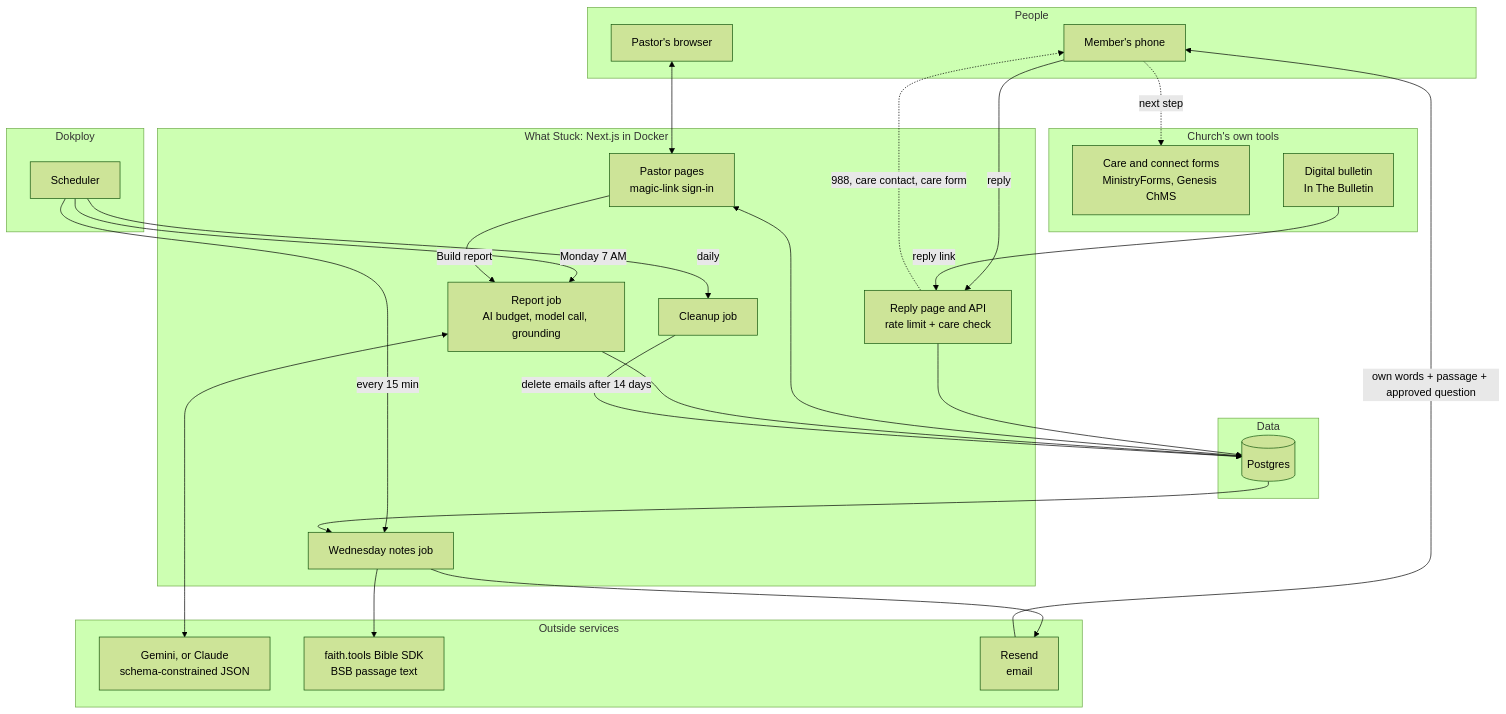
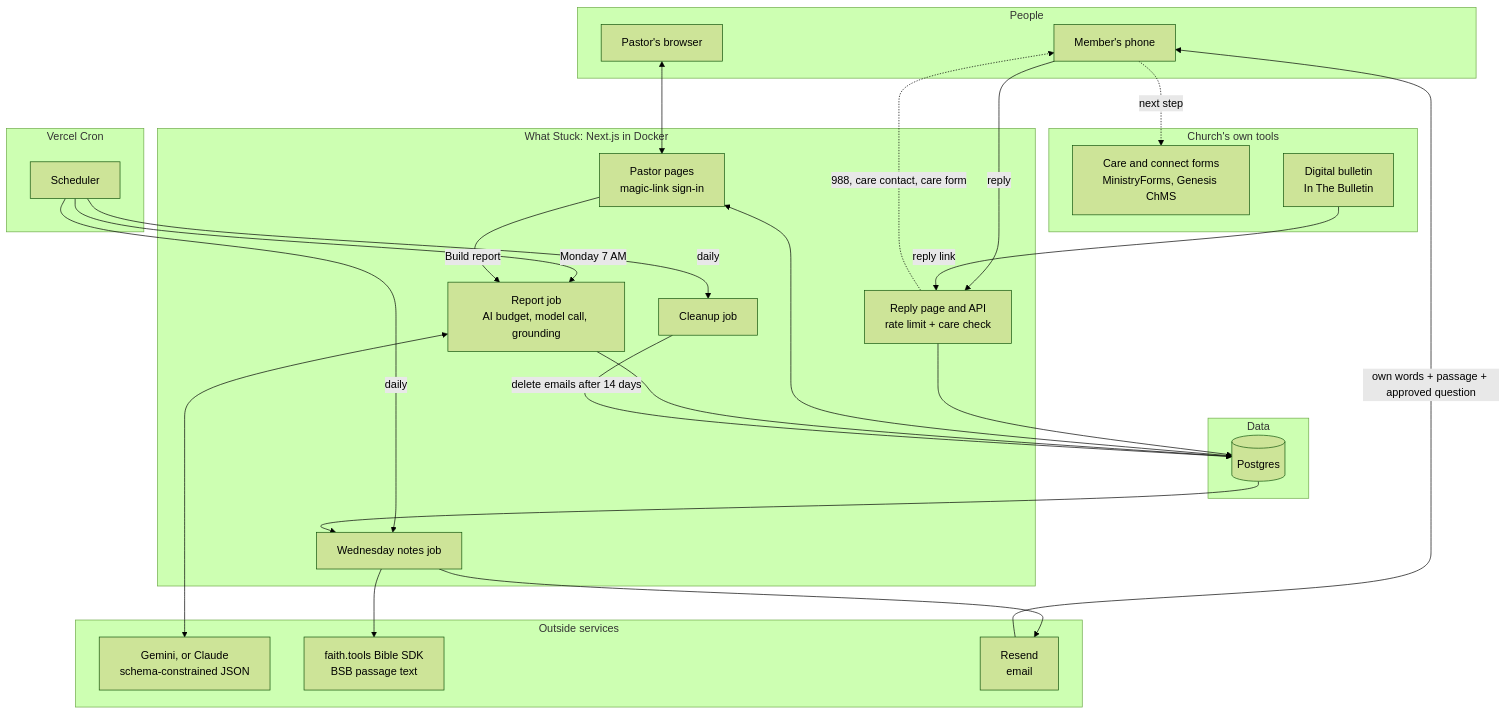
The diagram in README.md (mystiquemide/what-stuck), drawn with Mermaid (forest theme) before and after one commit. The commit also changed other lines of this file, not shown here.

````diff
--- a/README.md
+++ b/README.md
@@ -220,47 +229,47 @@
 ```mermaid
 flowchart TB
   subgraph People
     M["Member's phone"]
     P["Pastor's browser"]
   end
   subgraph App["What Stuck: Next.js in Docker"]
     R["Reply page and API<br/>rate limit + care check"]
     W["Pastor pages<br/>magic-link sign-in"]
     J["Report job<br/>AI budget, model call, grounding"]
     N["Wednesday notes job"]
     C["Cleanup job"]
   end
   subgraph Data
     DB[("Postgres")]
   end
   subgraph Services["Outside services"]
     AI["Gemini, or Claude<br/>schema-constrained JSON"]
     BIB["faith.tools Bible SDK<br/>BSB passage text"]
     MAIL["Resend<br/>email"]
   end
   subgraph Church["Church's own tools"]
     FORMS["Care and connect forms<br/>MinistryForms, Genesis ChMS"]
     BULL["Digital bulletin<br/>In The Bulletin"]
   end
-  subgraph Host["Dokploy"]
+  subgraph Host["Vercel Cron"]
     S["Scheduler"]
   end
   S -->|"Monday 7 AM"| J
-  S -->|"every 15 min"| N
+  S -->|"daily"| N
   S -->|"daily"| C
   M -->|"reply"| R
   BULL -->|"reply link"| R
   R -.->|"988, care contact, care form"| M
   M -.->|"next step"| FORMS
   R --> DB
   P <--> W
   W <--> DB
   W -->|"Build report"| J
   J <--> AI
   J --> DB
   DB --> N
   N --> BIB
   N --> MAIL
   MAIL -->|"own words + passage + approved question"| M
   C -->|"delete emails after 14 days"| DB
 ```
````
